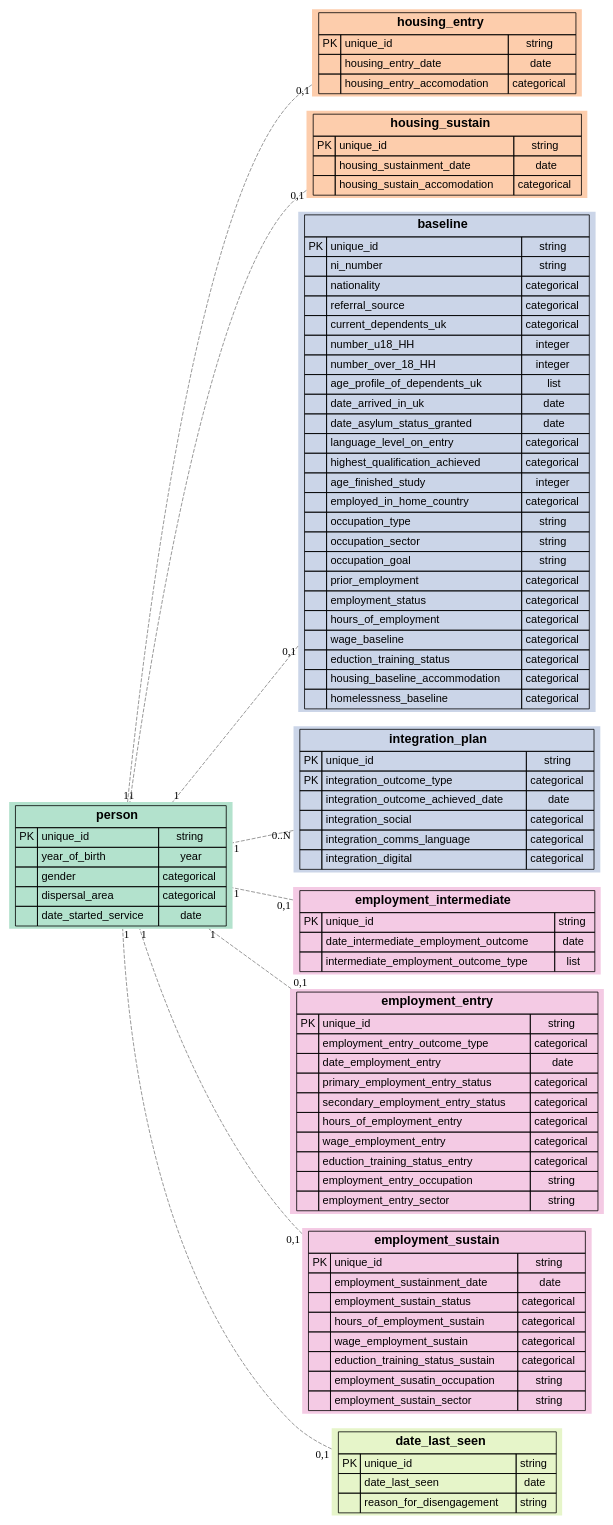
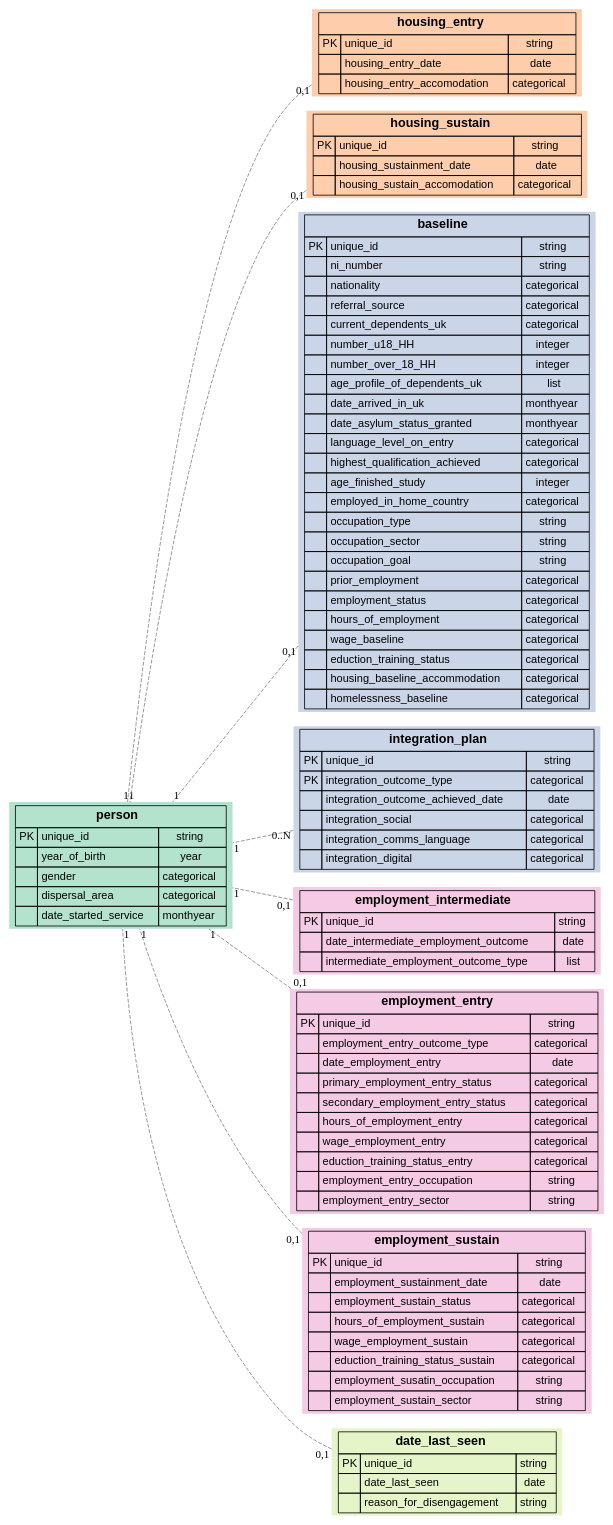
The diagram in assets/spec/record-relationships.dot (SocialFinanceDigitalLabs/RTOF-specification), drawn with Graphviz before and after one commit. The commit also changed 41 other files, not shown here.

```diff
--- a/assets/spec/record-relationships.dot
+++ b/assets/spec/record-relationships.dot
@@ -39,7 +39,7 @@
         <TR>
             <TD></TD>
             <TD ALIGN="LEFT">date_started_service</TD>
-            <TD ALIGN="CENTER">date</TD>
+            <TD ALIGN="CENTER">monthyear</TD>
         </TR>
     </TABLE>
 </FONT>>];
@@ -144,12 +144,12 @@
         <TR>
             <TD></TD>
             <TD ALIGN="LEFT">date_arrived_in_uk</TD>
-            <TD ALIGN="CENTER">date</TD>
+            <TD ALIGN="CENTER">monthyear</TD>
         </TR>
         <TR>
             <TD></TD>
             <TD ALIGN="LEFT">date_asylum_status_granted</TD>
-            <TD ALIGN="CENTER">date</TD>
+            <TD ALIGN="CENTER">monthyear</TD>
         </TR>
         <TR>
             <TD></TD>
```
